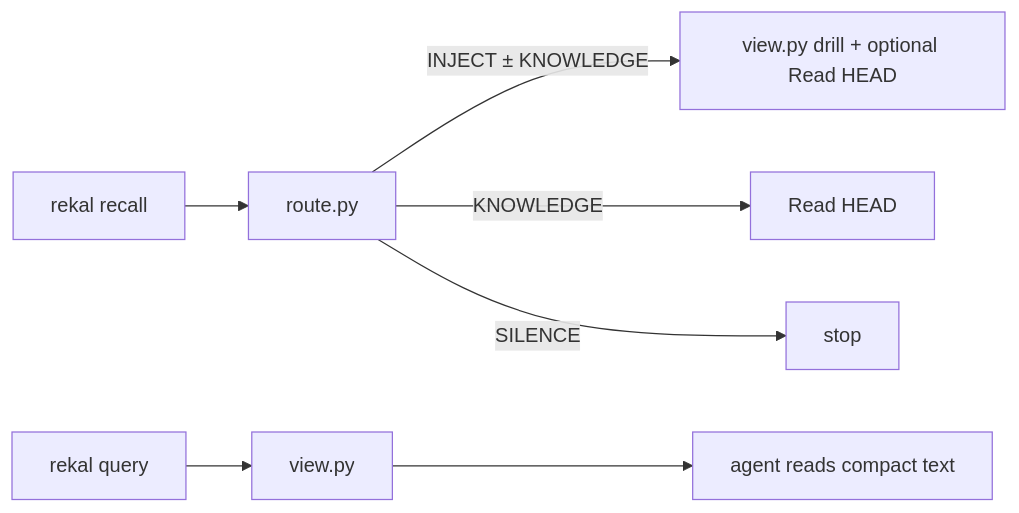
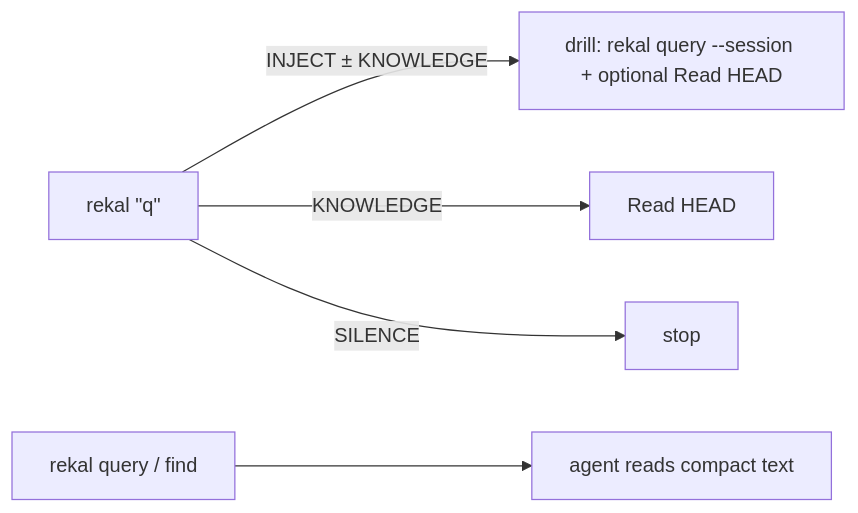
Before and after one commit to rekal-dev/rekal-cli: the diagram in cmd/rekal/cli/skill/skills/rekal/references/reference.md, drawn with Mermaid. The commit also changed other lines of this file and 32 other files, not shown here.

First line of the commit message:
skill: scriptless — recall/query default to text; strip the .py scripts

````diff
--- a/cmd/rekal/cli/skill/skills/rekal/references/reference.md
+++ b/cmd/rekal/cli/skill/skills/rekal/references/reference.md
@@ -80,9 +80,7 @@
 ```mermaid
 flowchart LR
-  r["rekal recall"] --> rr["route.py"]
-  q["rekal query"] --> v["view.py"]
-  rr -->|INJECT ± KNOWLEDGE| i["view.py drill + optional Read HEAD"]
-  rr -->|KNOWLEDGE| k["Read HEAD"]
-  rr -->|SILENCE| s["stop"]
-  v --> a["agent reads compact text"]
+  r["rekal &quot;q&quot;"] -->|INJECT ± KNOWLEDGE| i["drill: rekal query --session + optional Read HEAD"]
+  r -->|KNOWLEDGE| k["Read HEAD"]
+  r -->|SILENCE| s["stop"]
+  q["rekal query / find"] --> a["agent reads compact text"]
 ```
````
